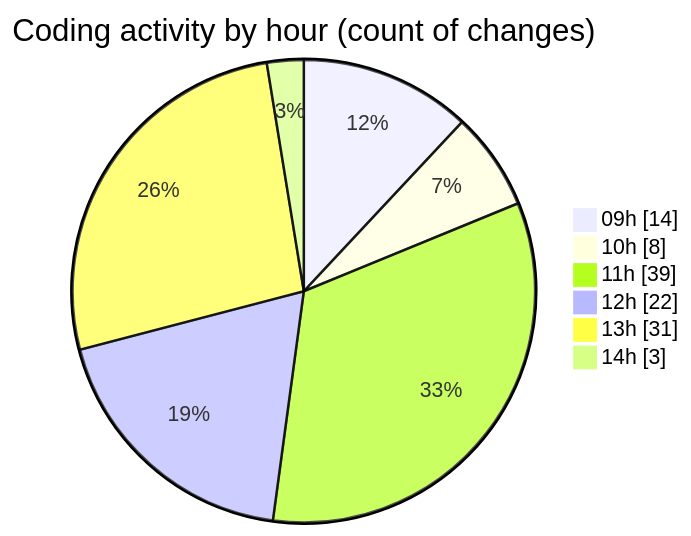
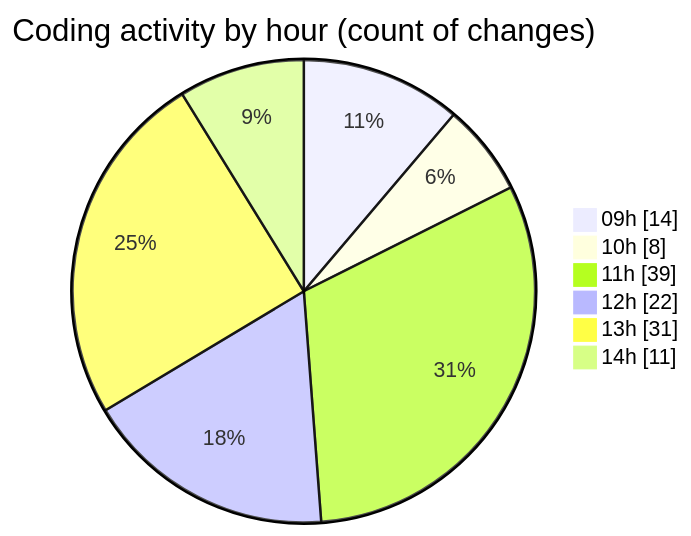
The second of 2 diagrams in 2025-02-07/cda/README.md (momahboobian/code-tracking), drawn with Mermaid before and after one commit. The commit also changed other lines of this file and 1 other file, not shown here.

````diff
--- a/2025-02-07/cda/README.md
+++ b/2025-02-07/cda/README.md
@@ -61,10 +61,10 @@
 ```mermaid
 pie showData
 title Coding activity by hour (count of changes)
 "09h" : 14
 "10h" : 8
 "11h" : 39
 "12h" : 22
 "13h" : 31
-"14h" : 3
+"14h" : 11
 ```
````
